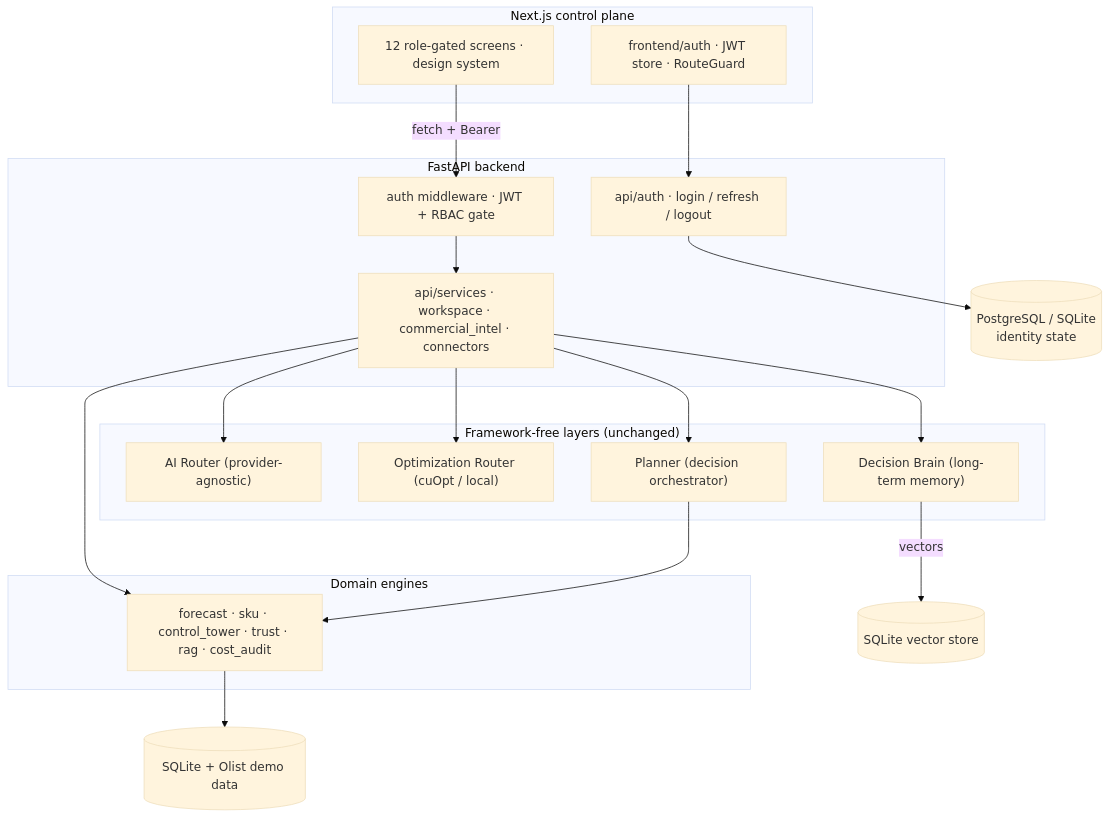
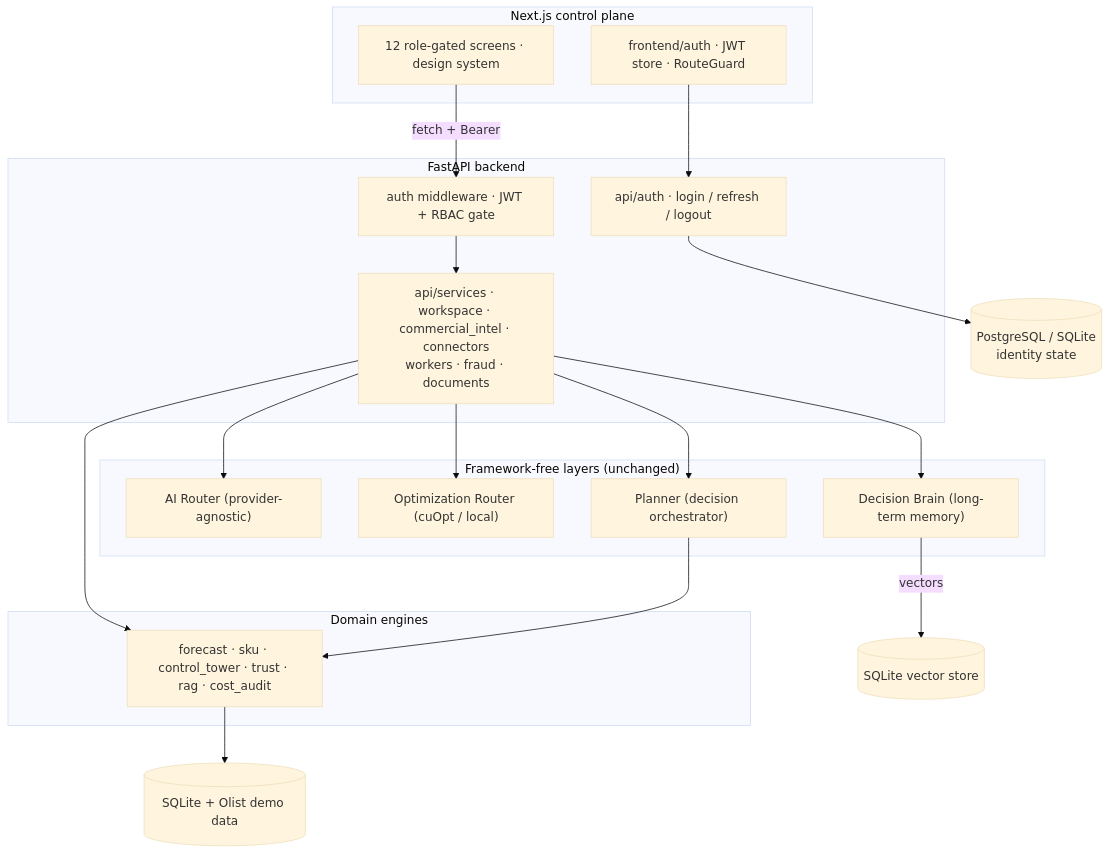
Before and after one commit to Kisharky/SupChainMate: the first of 3 diagrams in README.md, drawn with Mermaid (base theme). The commit also changed other lines of this file and 2 other files, not shown here.

First line of the commit message:
docs: document Connectors, Workers, Fraud, and Document Intelligence

````diff
--- a/README.md
+++ b/README.md
@@ -80,29 +80,29 @@
 ```mermaid
 flowchart TB
     subgraph Client["Next.js control plane"]
         UI["12 role-gated screens · design system"]
         AUTHFE["frontend/auth · JWT store · RouteGuard"]
     end
     subgraph API["FastAPI backend"]
         GATE["auth middleware · JWT + RBAC gate"]
         AUTH["api/auth · login / refresh / logout"]
-        SVC["api/services · workspace · commercial_intel · connectors"]
+        SVC["api/services · workspace · commercial_intel · connectors<br/>workers · fraud · documents"]
     end
     subgraph Intelligence["Framework-free layers (unchanged)"]
         AIR["AI Router (provider-agnostic)"]
         OPT["Optimization Router (cuOpt / local)"]
         PLN["Planner (decision orchestrator)"]
         BRN["Decision Brain (long-term memory)"]
     end
     subgraph Domain["Domain engines"]
         ENG["forecast · sku · control_tower · trust · rag · cost_audit"]
     end
     UI -->|"fetch + Bearer"| GATE
     AUTHFE --> AUTH
     GATE --> SVC --> ENG
     SVC --> AIR & OPT & PLN & BRN
     PLN --> ENG
     BRN -->|vectors| STORE[("SQLite vector store")]
     AUTH --> IDDB[("PostgreSQL / SQLite<br/>identity state")]
     ENG --> DEMO[("SQLite + Olist demo data")]
 ```
````
